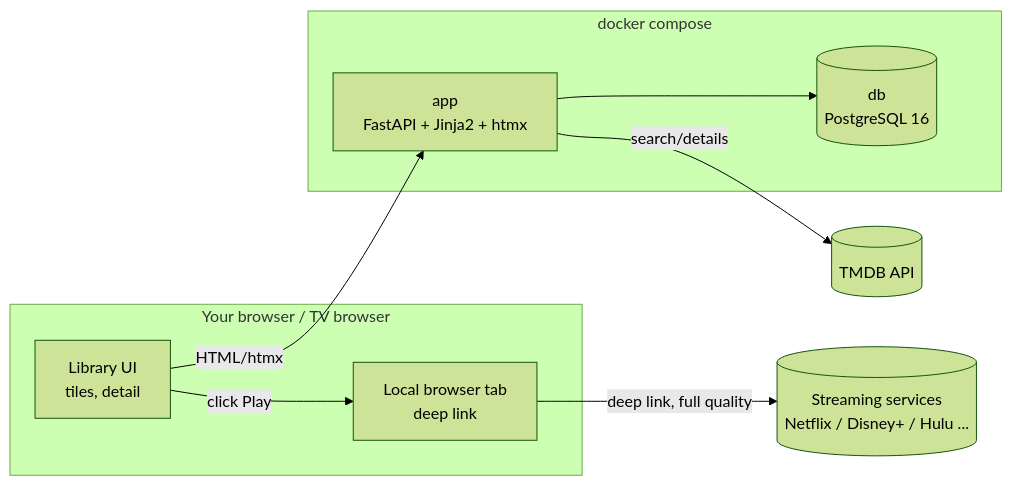
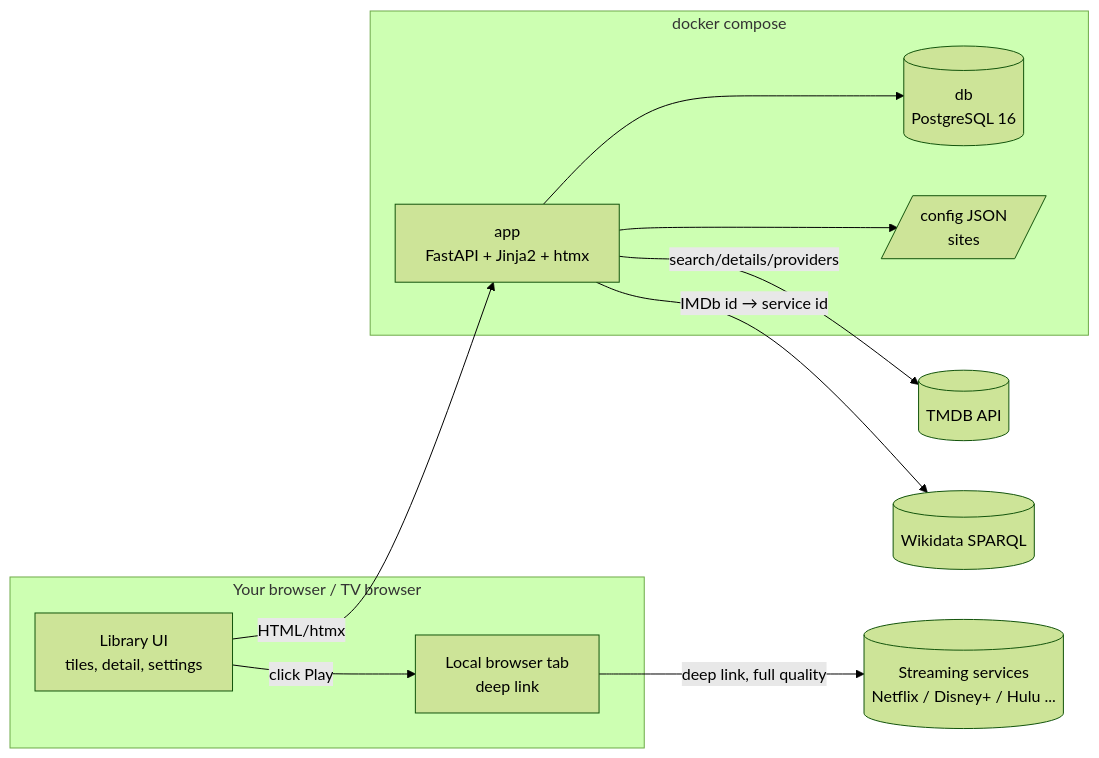
One commit to JamesZesiger/StreamDeck changed the diagram in DESIGN.md. Above: the diagram before and after it, drawn with Mermaid (forest theme). The commit also changed other lines of this file and 1 other file, not shown here.

First line of the commit message:
Update docs to match current app: profiles, discover, episodes, PWA

````diff
--- a/DESIGN.md
+++ b/DESIGN.md
@@ -29,19 +34,23 @@
 ```mermaid
 flowchart LR
     subgraph client [Your browser / TV browser]
-        UI[Library UI\ntiles, detail]
+        UI[Library UI\ntiles, detail, settings]
         LOCAL[Local browser tab\ndeep link]
     end
     subgraph compose [docker compose]
         APP[app\nFastAPI + Jinja2 + htmx]
         DB[(db\nPostgreSQL 16)]
+        CFG[/config JSON\nsites/]
     end
     TMDB[(TMDB API)]
+    WD[(Wikidata SPARQL)]
     SVC[(Streaming services\nNetflix / Disney+ / Hulu ...)]
 
     UI -->|HTML/htmx| APP
     APP --> DB
-    APP -->|search/details| TMDB
+    APP --> CFG
+    APP -->|search/details/providers| TMDB
+    APP -->|IMDb id → service id| WD
     UI -->|click Play| LOCAL
     LOCAL -->|deep link, full quality| SVC
 ```
````
